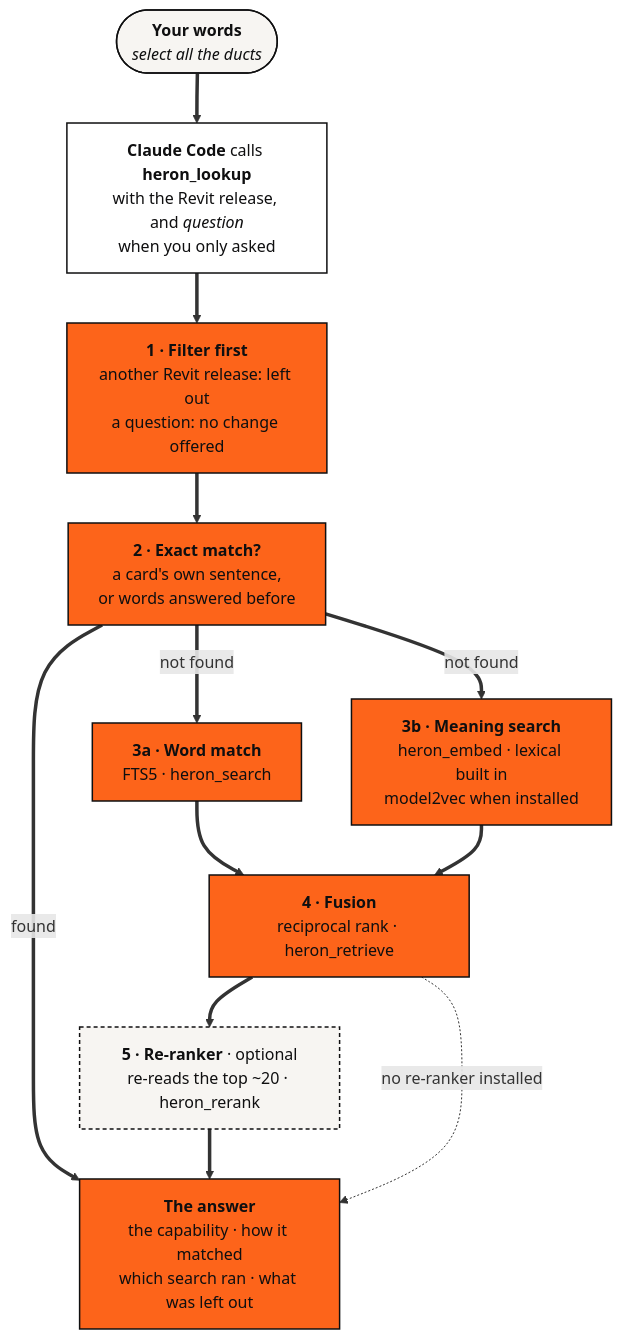
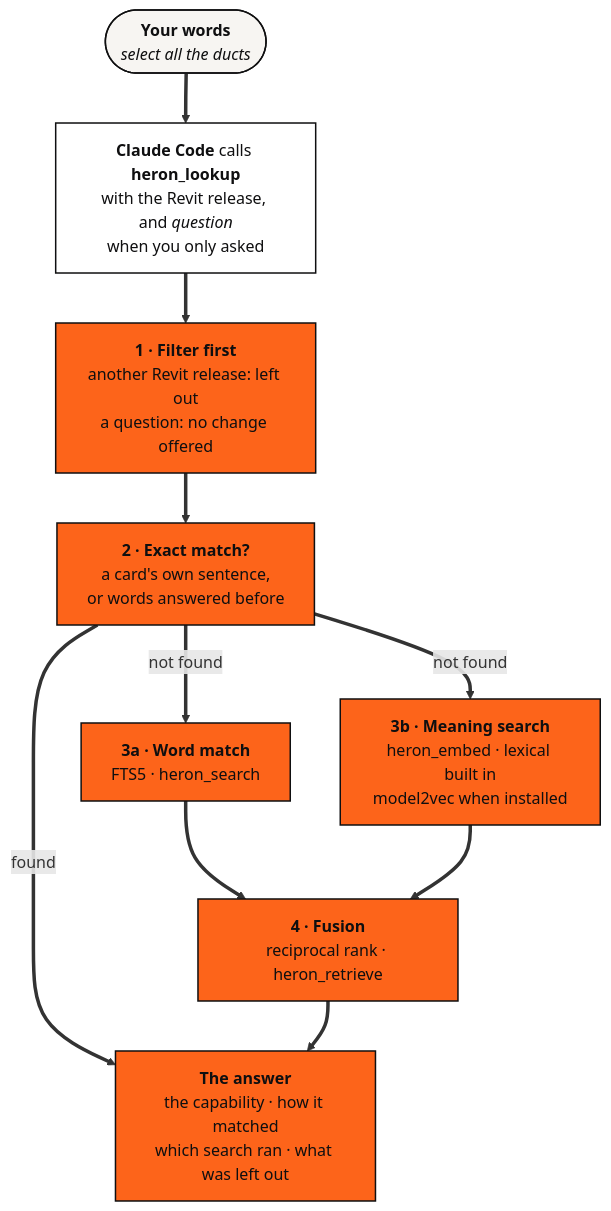
The second of 2 diagrams in docs/05-heron-brain.md (Ajmalpshaik/Heron-AI), drawn with Mermaid before and after one commit. The commit also changed other lines of this file and 24 other files, not shown here.

First line of the commit message:
D-201: the re-ranker is removed, model2vec stays optional - docs and record

````diff
--- a/docs/05-heron-brain.md
+++ b/docs/05-heron-brain.md
@@ -144,29 +145,26 @@
 ```mermaid
 flowchart TD
     W(["<b>Your words</b><br/><i>select all the ducts</i>"])
     CC["<b>Claude Code</b> calls <b>heron_lookup</b><br/>with the Revit release, and <i>question</i><br/>when you only asked"]
     F["<b>1 · Filter first</b><br/>another Revit release: left out<br/>a question: no change offered"]
     X["<b>2 · Exact match?</b><br/>a card's own sentence,<br/>or words answered before"]
     KW["<b>3a · Word match</b><br/>FTS5 · heron_search"]
     MN["<b>3b · Meaning search</b><br/>heron_embed · lexical built in<br/>model2vec when installed"]
     FU["<b>4 · Fusion</b><br/>reciprocal rank · heron_retrieve"]
-    RR["<b>5 · Re-ranker</b> · optional<br/>re-reads the top ~20 · heron_rerank"]
     AN["<b>The answer</b><br/>the capability · how it matched<br/>which search ran · what was left out"]
 
     W ==> CC ==> F ==> X
     X ==>|found| AN
     X ==>|not found| KW & MN
     KW ==> FU
     MN ==> FU
-    FU ==> RR ==> AN
-    FU -.->|no re-ranker installed| AN
+    FU ==> AN
 
     classDef user fill:#F7F5F2,stroke:#0F0F10,stroke-width:1.5px,color:#0F0F10
     classDef host fill:#FFFFFF,stroke:#0F0F10,stroke-width:1.5px,color:#0F0F10
     classDef brain fill:#FD641A,stroke:#0F0F10,stroke-width:1.5px,color:#0F0F10
     classDef search fill:#F7F5F2,stroke:#0F0F10,stroke-width:1.5px,color:#0F0F10,stroke-dasharray:4 3
     class W user
     class CC host
     class F,X,KW,MN,FU,AN brain
-    class RR search
 ```
````
